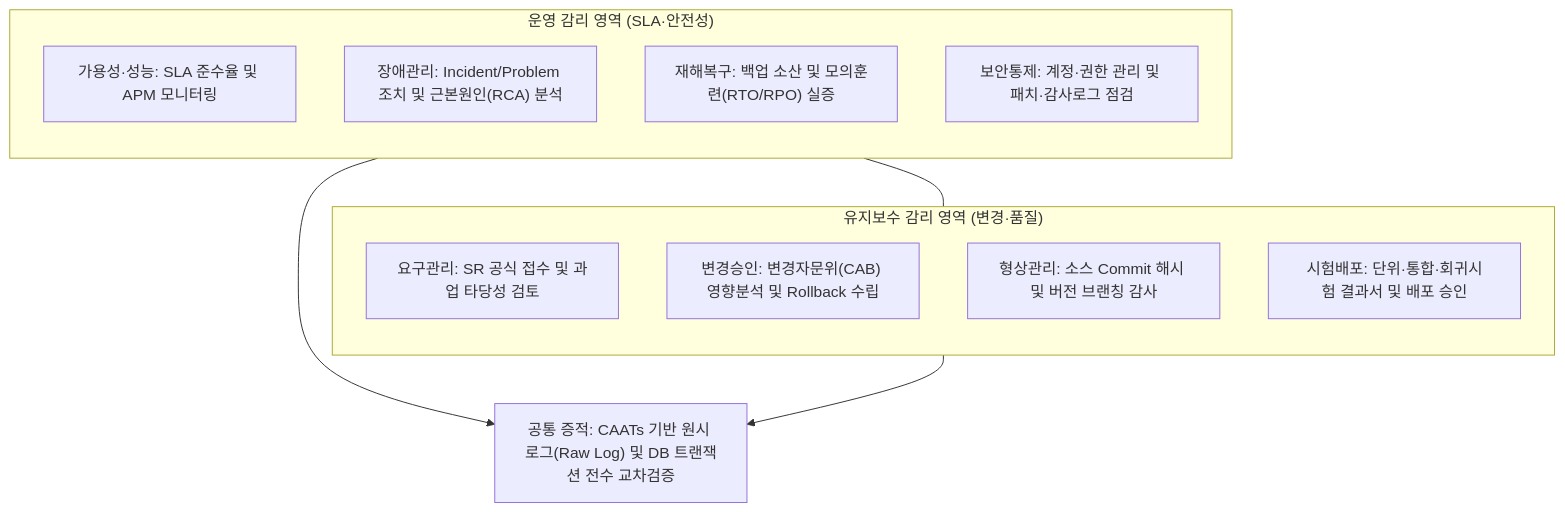
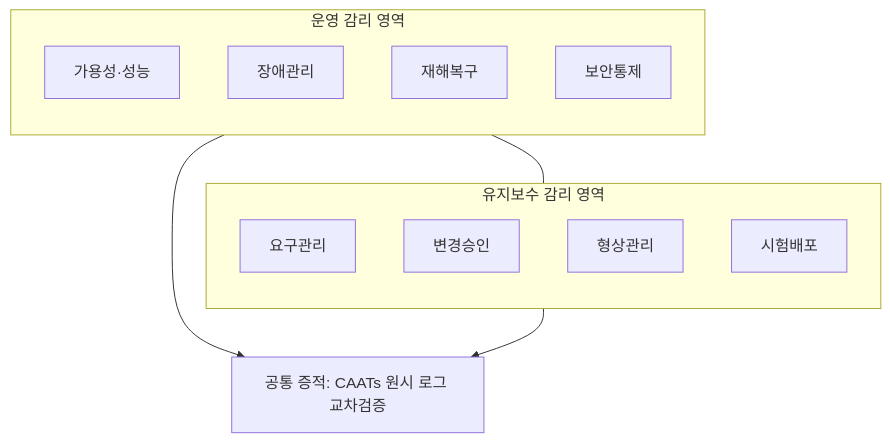
Before and after one commit to agnusdei1207/study: the third of 3 diagrams in src/content/docs/notes/itpe/01-it-strategy/059_system_operation_audit.md, drawn with Mermaid. The commit also changed other lines of this file and 19 other files, not shown here.

````diff
--- a/src/content/docs/notes/itpe/01-it-strategy/059_system_operation_audit.md
+++ b/src/content/docs/notes/itpe/01-it-strategy/059_system_operation_audit.md
@@ -148,22 +134,22 @@
 ```mermaid
 flowchart TD
-    subgraph OP["운영 감리 영역 (SLA·안전성)"]
+    subgraph OP["운영 감리 영역"]
         direction TB
-        O1["가용성·성능: SLA 준수율 및 APM 모니터링"]
-        O2["장애관리: Incident/Problem 조치 및 근본원인(RCA) 분석"]
-        O3["재해복구: 백업 소산 및 모의훈련(RTO/RPO) 실증"]
-        O4["보안통제: 계정·권한 관리 및 패치·감사로그 점검"]
+        O1["가용성·성능"]
+        O2["장애관리"]
+        O3["재해복구"]
+        O4["보안통제"]
     end
 
-    subgraph MAINT["유지보수 감리 영역 (변경·품질)"]
+    subgraph MAINT["유지보수 감리 영역"]
         direction TB
-        M1["요구관리: SR 공식 접수 및 과업 타당성 검토"]
-        M2["변경승인: 변경자문위(CAB) 영향분석 및 Rollback 수립"]
-        M3["형상관리: 소스 Commit 해시 및 버전 브랜칭 감사"]
-        M4["시험배포: 단위·통합·회귀시험 결과서 및 배포 승인"]
+        M1["요구관리"]
+        M2["변경승인"]
+        M3["형상관리"]
+        M4["시험배포"]
     end
 
     OP --- MAINT
-    OP --> CAAT["공통 증적: CAATs 기반 원시 로그(Raw Log) 및 DB 트랜잭션 전수 교차검증"]
+    OP --> CAAT["공통 증적: CAATs 원시 로그 교차검증"]
     MAINT --> CAAT
 ```
````
